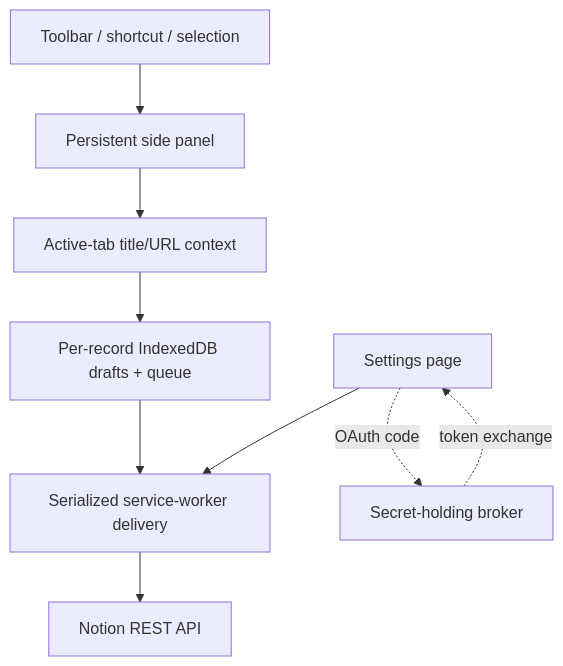
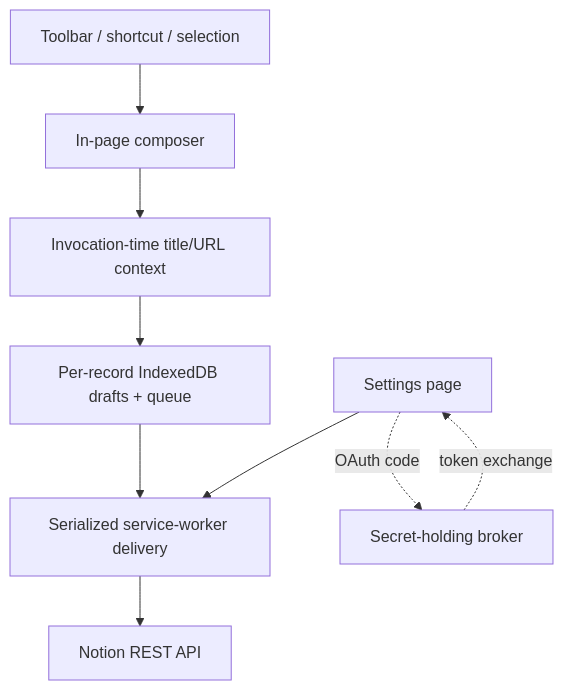
Before and after one commit to fantomsuj/notion-quick-note: the diagram in README.md, drawn with Mermaid. The commit also changed other lines of this file and 47 other files, not shown here.

Commit message:
Restore in-page composer and add unavailable notifications

````diff
--- a/README.md
+++ b/README.md
@@ -80,11 +80,11 @@
 ```mermaid
 flowchart TD
-  A["Toolbar / shortcut / selection"] --> B["Persistent side panel"]
-  B --> C["Active-tab title/URL context"]
+  A["Toolbar / shortcut / selection"] --> B["In-page composer"]
+  B --> C["Invocation-time title/URL context"]
   C --> D["Per-record IndexedDB drafts + queue"]
   D --> E["Serialized service-worker delivery"]
   E --> F["Notion REST API"]
   G["Settings page"] --> E
   G -. "OAuth code" .-> H["Secret-holding broker"]
   H -. "token exchange" .-> G
 ```
````
